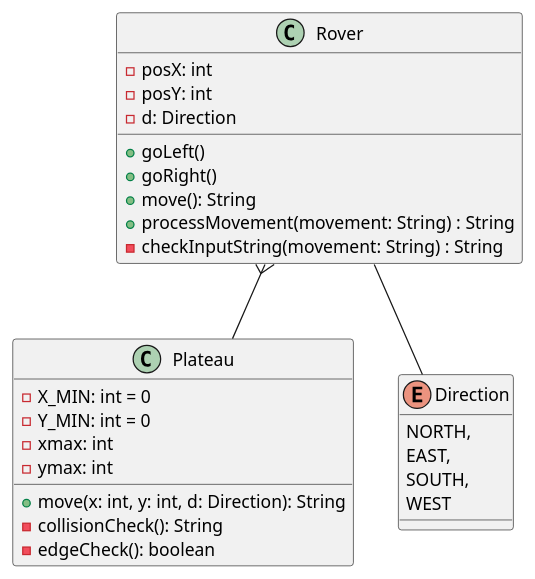
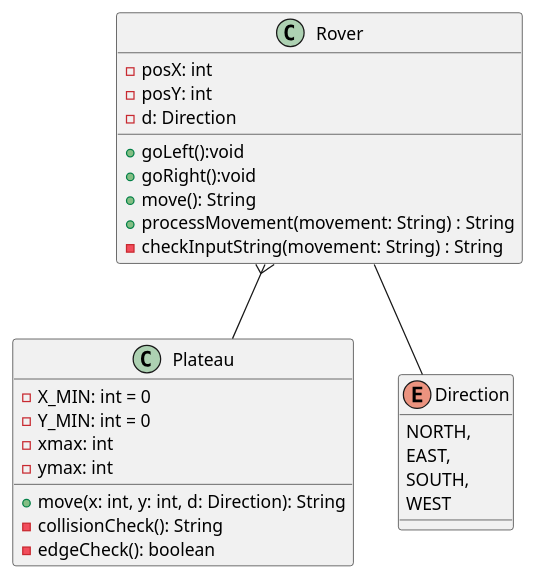
The diagram in MarsRover.puml (jayshree430/MarsRover), drawn with PlantUML before and after one commit. The commit also changed 2 other files, not shown here.

```diff
--- a/MarsRover.puml
+++ b/MarsRover.puml
@@ -1,39 +1,39 @@
 @startuml
 'https://plantuml.com/class-diagram
 
 Rover }-- Plateau
 Rover -- Direction
 
 
 class Plateau {
 - X_MIN: int = 0
 - Y_MIN: int = 0
 - xmax: int
 - ymax: int
 
 + move(x: int, y: int, d: Direction): String
 - collisionCheck(): String
 - edgeCheck(): boolean
 }
 
 class Rover {
     - posX: int
     - posY: int
     - d: Direction
 
-    + goLeft()
-    + goRight()
+    + goLeft():void
+    + goRight():void
     + move(): String
     + processMovement(movement: String) : String
     - checkInputString(movement: String) : String
 }
 
 
 enum Direction {
 NORTH,
 EAST,
 SOUTH,
 WEST
 }
 
 @enduml
```
